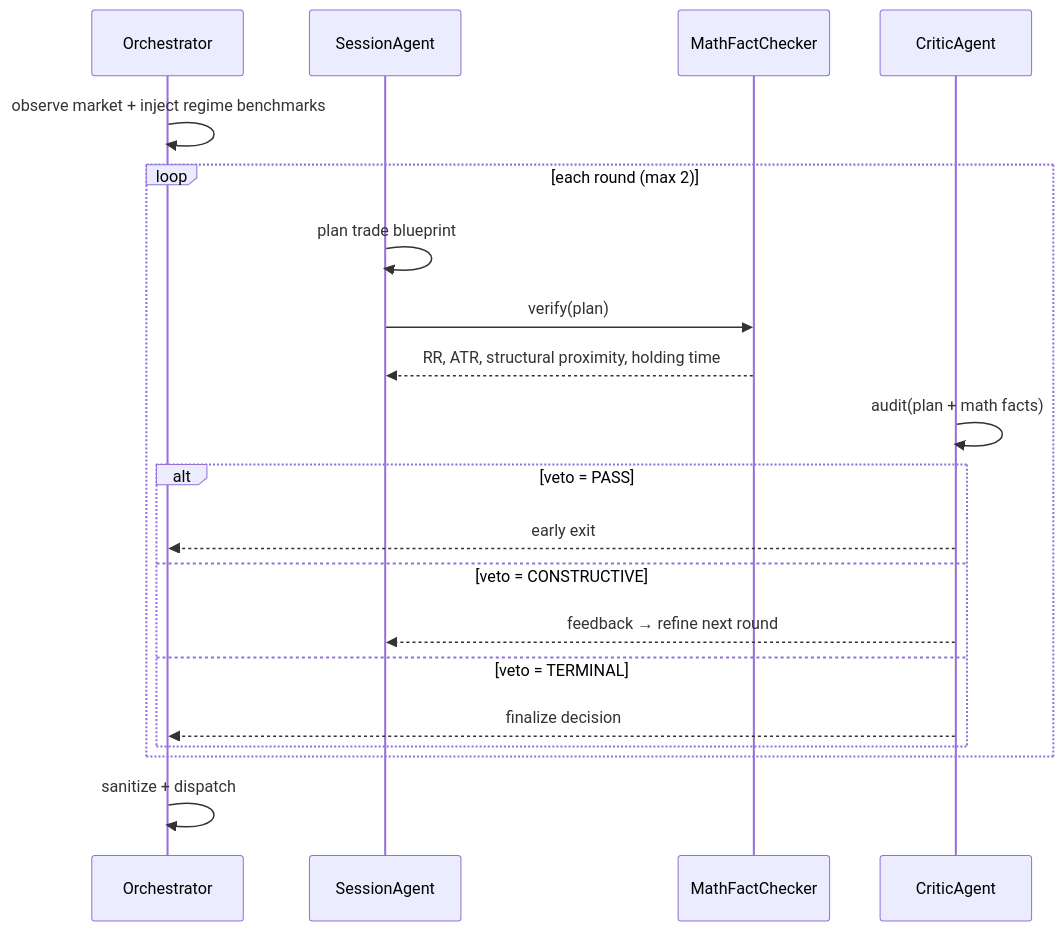
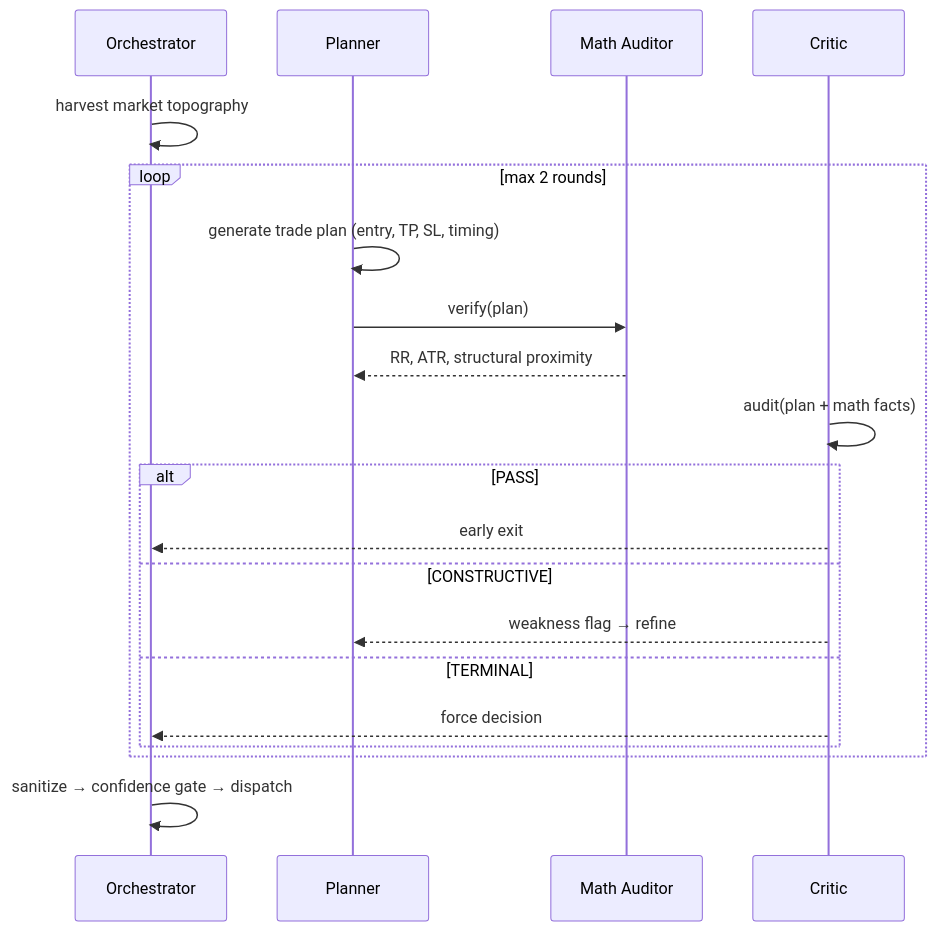
The first of 2 diagrams in README.md (jiangyang5157/binary-star), drawn with Mermaid before and after one commit. The commit also changed other lines of this file, not shown here.

````diff
--- a/README.md
+++ b/README.md
@@ -63,23 +13,23 @@
 ```mermaid
 sequenceDiagram
     participant BSO as Orchestrator
-    participant SA as SessionAgent
-    participant MFC as MathFactChecker
-    participant CA as CriticAgent
+    participant SA as Planner
+    participant MFC as Math Auditor
+    participant CA as Critic
 
-    BSO->>BSO: observe market + inject regime benchmarks
-    loop each round (max 2)
-        SA->>SA: plan trade blueprint
+    BSO->>BSO: harvest market topography
+    loop max 2 rounds
+        SA->>SA: generate trade plan (entry, TP, SL, timing)
         SA->>MFC: verify(plan)
-        MFC-->>SA: RR, ATR, structural proximity, holding time
+        MFC-->>SA: RR, ATR, structural proximity
         CA->>CA: audit(plan + math facts)
-        alt veto = PASS
+        alt PASS
             CA-->>BSO: early exit
-        else veto = CONSTRUCTIVE
-            CA-->>SA: feedback → refine next round
-        else veto = TERMINAL
-            CA-->>BSO: finalize decision
+        else CONSTRUCTIVE
+            CA-->>SA: weakness flag → refine
+        else TERMINAL
+            CA-->>BSO: force decision
         end
     end
-    BSO->>BSO: sanitize + dispatch
+    BSO->>BSO: sanitize → confidence gate → dispatch
 ```
````
